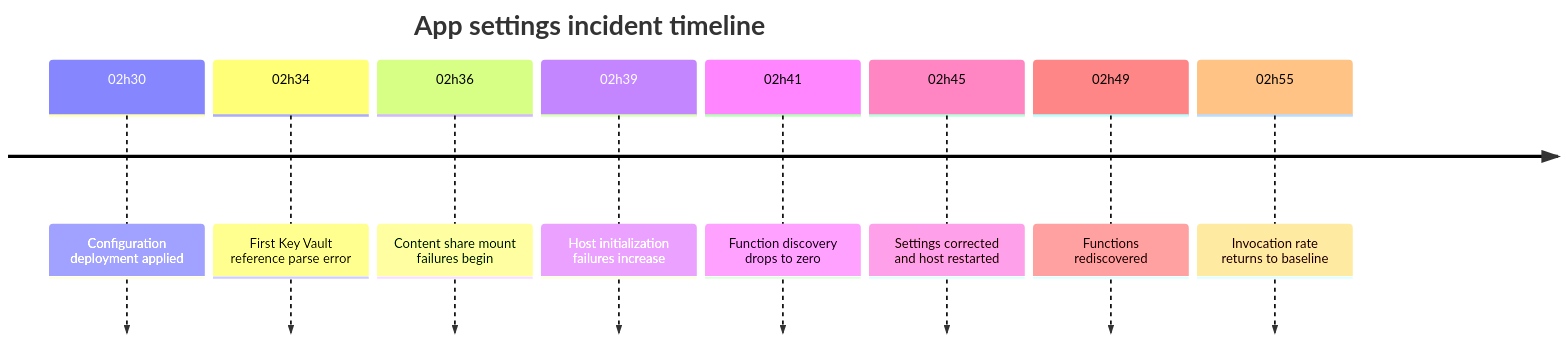
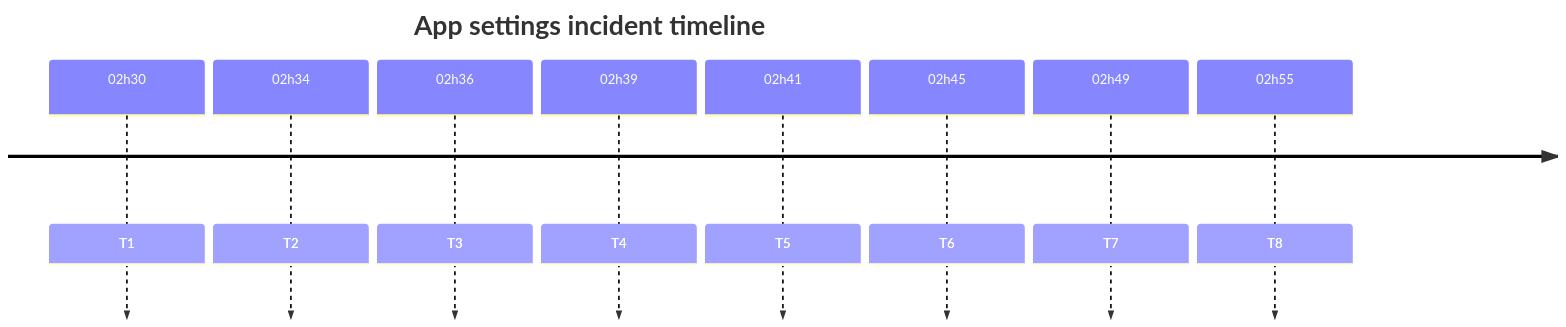
Before and after one commit to yeongseon/azure-functions-practical-guide: the fourth of 4 diagrams in docs/troubleshooting/playbooks/auth-config/app-settings-misconfiguration.md, drawn with Mermaid. The commit also changed other lines of this file, not shown here.

First line of the commit message:
docs(diagrams): clarify app settings diagnostic figures

````diff
--- a/docs/troubleshooting/playbooks/auth-config/app-settings-misconfiguration.md
+++ b/docs/troubleshooting/playbooks/auth-config/app-settings-misconfiguration.md
@@ -397,12 +462,15 @@
 ```mermaid
+%%{init: {"timeline":{"padding":0,"disableMulticolor":true}}}%%
 timeline
+    accTitle: App settings incident timeline
+    accDescr: Eight existing scenario periods from 02h30 through 02h55, in their original order. T1 through T8 expand in the adjacent legend; these times are not newly collected evidence.
     title App settings incident timeline
-    02h30 : Configuration deployment applied
-    02h34 : First Key Vault reference parse error
-    02h36 : Content share mount failures begin
-    02h39 : Host initialization failures increase
-    02h41 : Function discovery drops to zero
-    02h45 : Settings corrected and host restarted
-    02h49 : Functions rediscovered
-    02h55 : Invocation rate returns to baseline
+    02h30 : T1
+    02h34 : T2
+    02h36 : T3
+    02h39 : T4
+    02h41 : T5
+    02h45 : T6
+    02h49 : T7
+    02h55 : T8
 ```
````
